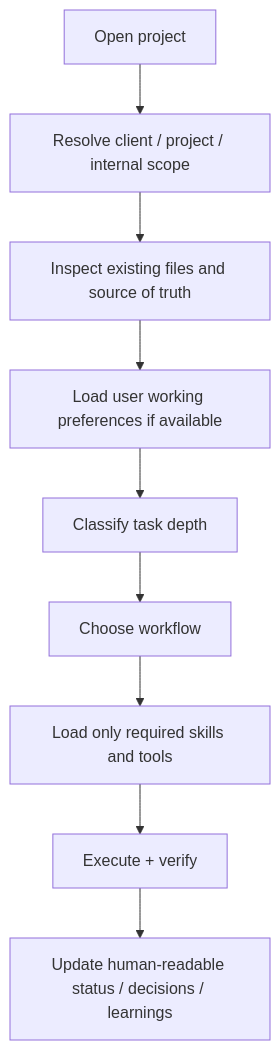
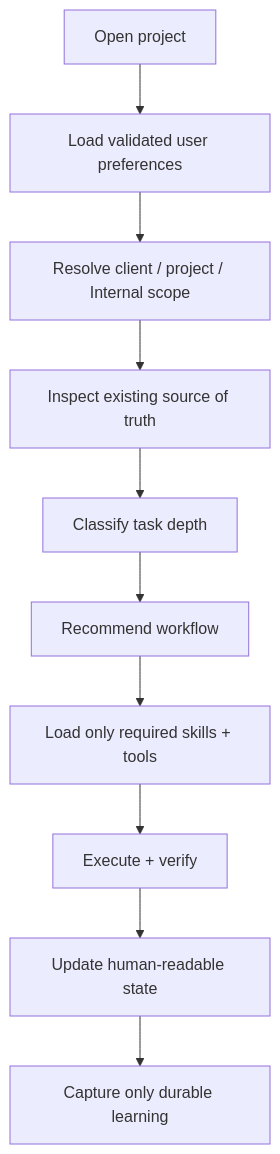
One commit to Bigper4mer/UnparalleledSource changed the diagram in docs/GETTING_STARTED.md. Above: the diagram before and after it, drawn with Mermaid. The commit also changed other lines of this file, not shown here.

````diff
--- a/docs/GETTING_STARTED.md
+++ b/docs/GETTING_STARTED.md
@@ -133,11 +117,12 @@
 ```mermaid
 flowchart TD
-    A[Open project] --> B[Resolve client / project / internal scope]
-    B --> C[Inspect existing files and source of truth]
-    C --> D[Load user working preferences if available]
+    A[Open project] --> B[Load validated user preferences]
+    B --> C[Resolve client / project / Internal scope]
+    C --> D[Inspect existing source of truth]
     D --> E[Classify task depth]
-    E --> F[Choose workflow]
-    F --> G[Load only required skills and tools]
+    E --> F[Recommend workflow]
+    F --> G[Load only required skills + tools]
     G --> H[Execute + verify]
-    H --> I[Update human-readable status / decisions / learnings]
+    H --> I[Update human-readable state]
+    I --> J[Capture only durable learning]
 ```
````
